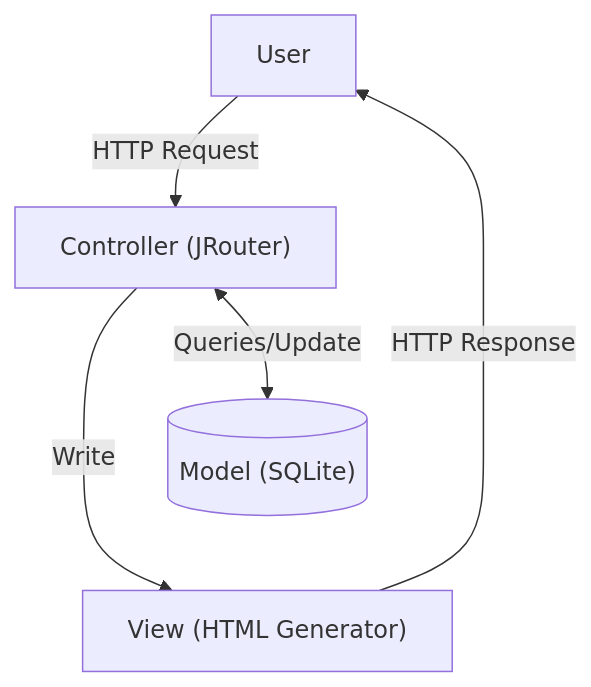
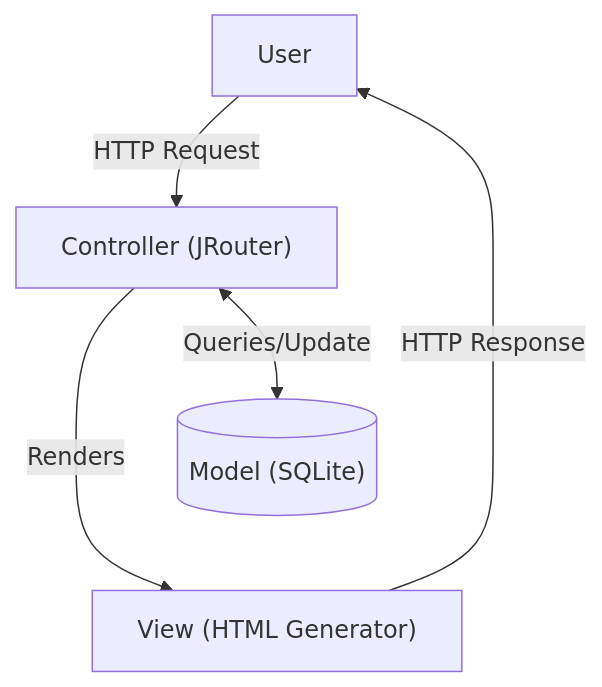
The diagram in projects/Java Web App.md (larrison23/Personal-Website), drawn with Mermaid before and after one commit. The commit also changed other lines of this file and 1 other file, not shown here.

Commit message:
Java updates

````diff
--- a/projects/Java Web App.md
+++ b/projects/Java Web App.md
@@ -11,13 +11,13 @@
 ```mermaid
 flowchart TD
     User["User"]
     Controller["Controller (JRouter)"]
     View["View (HTML Generator)"]
     Model[("Model (SQLite)")]
 
 	User -->|"HTTP Request"| Controller
-    Controller -->|"Write"| View
+    Controller -->|"Renders"| View
     View -->|"HTTP Response"| User
     Controller <-->|"Queries/Update"| Model
     Model ~~~ View
 ```
````
